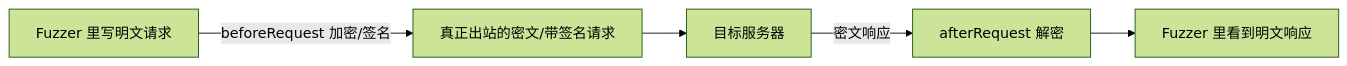
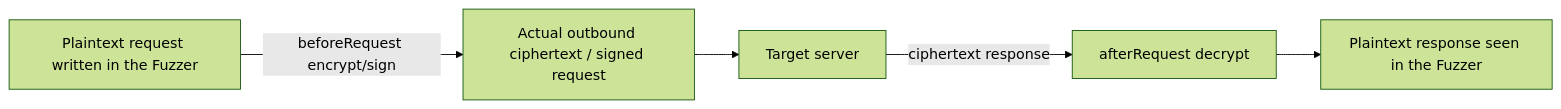
Before and after one commit to DangerousSONG/attack_skills_for_agent: the first of 2 diagrams in yak-skills/webfuzzer-hotpatch/SKILL.md, drawn with Mermaid (forest theme). The commit also changed other lines of this file and 2116 other files, not shown here.

````diff
--- a/yak-skills/webfuzzer-hotpatch/SKILL.md
+++ b/yak-skills/webfuzzer-hotpatch/SKILL.md
@@ -38,7 +38,7 @@
 ```mermaid
 flowchart LR
-    Plain["Fuzzer 里写明文请求"] -->|beforeRequest 加密/签名| Wire["真正出站的密文/带签名请求"]
-    Wire --> Server["目标服务器"]
-    Server -->|密文响应| After["afterRequest 解密"]
-    After --> View["Fuzzer 里看到明文响应"]
+    Plain["Plaintext request written in the Fuzzer"] -->|beforeRequest encrypt/sign| Wire["Actual outbound ciphertext / signed request"]
+    Wire --> Server["Target server"]
+    Server -->|ciphertext response| After["afterRequest decrypt"]
+    After --> View["Plaintext response seen in the Fuzzer"]
 ```
````
